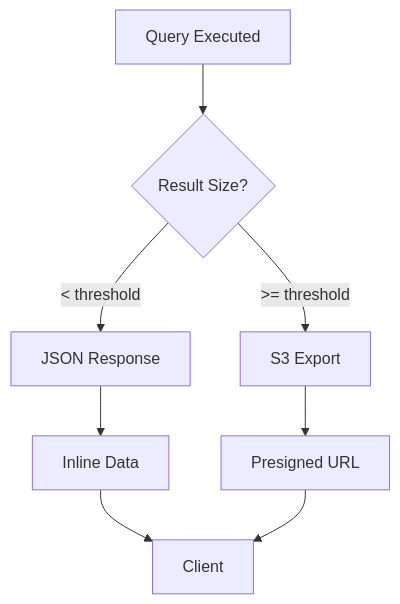
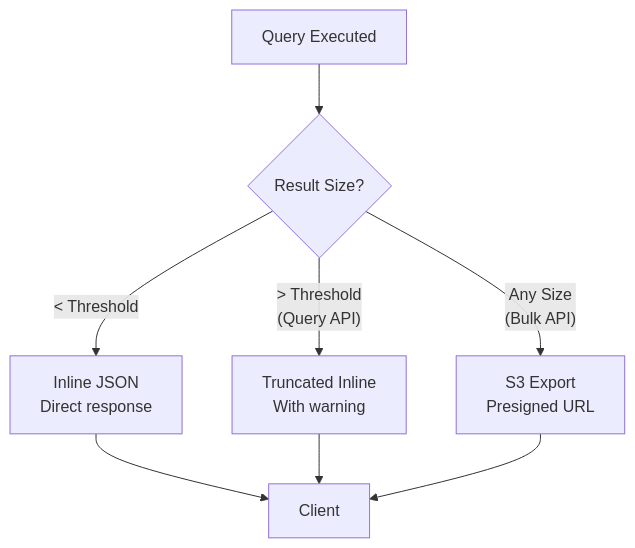
Before and after one commit to zhiweio/redshift-spectra: the first of 10 diagrams in docs/concepts/data-delivery.md, drawn with Mermaid. The commit also changed other lines of this file and 15 other files, not shown here.

````diff
--- a/docs/concepts/data-delivery.md
+++ b/docs/concepts/data-delivery.md
@@ -7,12 +7,12 @@
 ```mermaid
 flowchart TB
-    QUERY[Query Executed] --> CHECK{Result Size?}
-    CHECK -->|"< threshold"| JSON[JSON Response]
-    CHECK -->|">= threshold"| S3[S3 Export]
+    QUERY[Query Executed] --> SIZE{Result Size?}
     
-    JSON --> INLINE[Inline Data]
-    S3 --> PRESIGN[Presigned URL]
+    SIZE -->|"< Threshold"| INLINE[Inline JSON<br/>Direct response]
+    SIZE -->|"> Threshold<br/>(Query API)"| TRUNCATE[Truncated Inline<br/>With warning]
+    SIZE -->|"Any Size<br/>(Bulk API)"| S3[S3 Export<br/>Presigned URL]
     
     INLINE --> CLIENT[Client]
-    PRESIGN --> CLIENT
+    TRUNCATE --> CLIENT
+    S3 --> CLIENT
 ```
````
